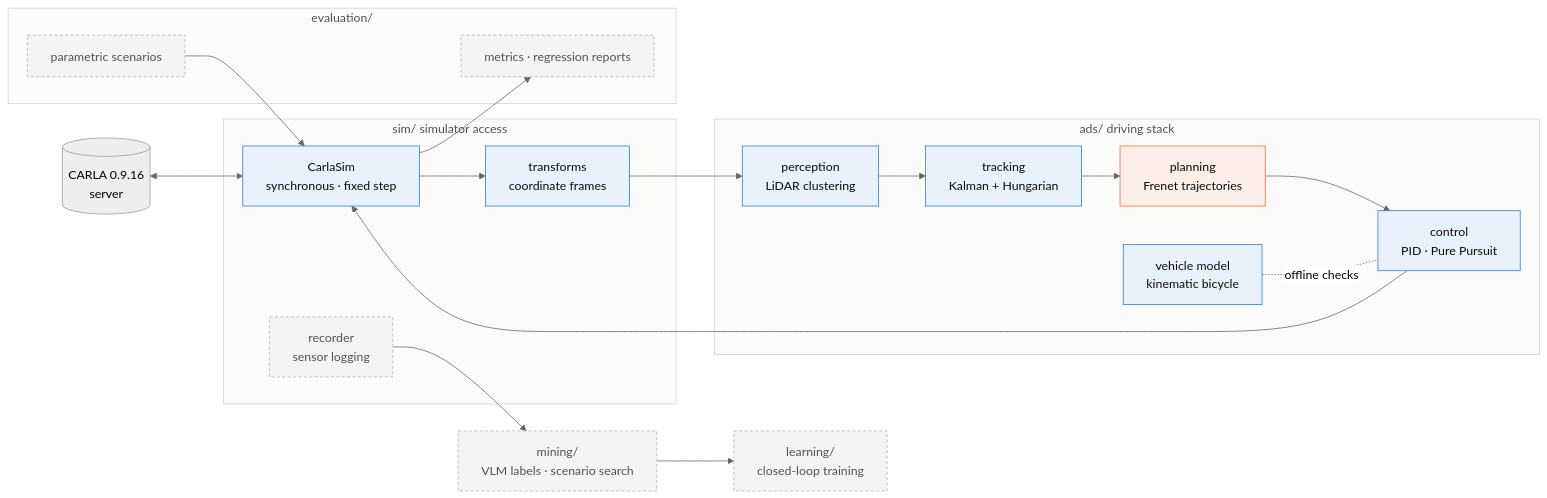
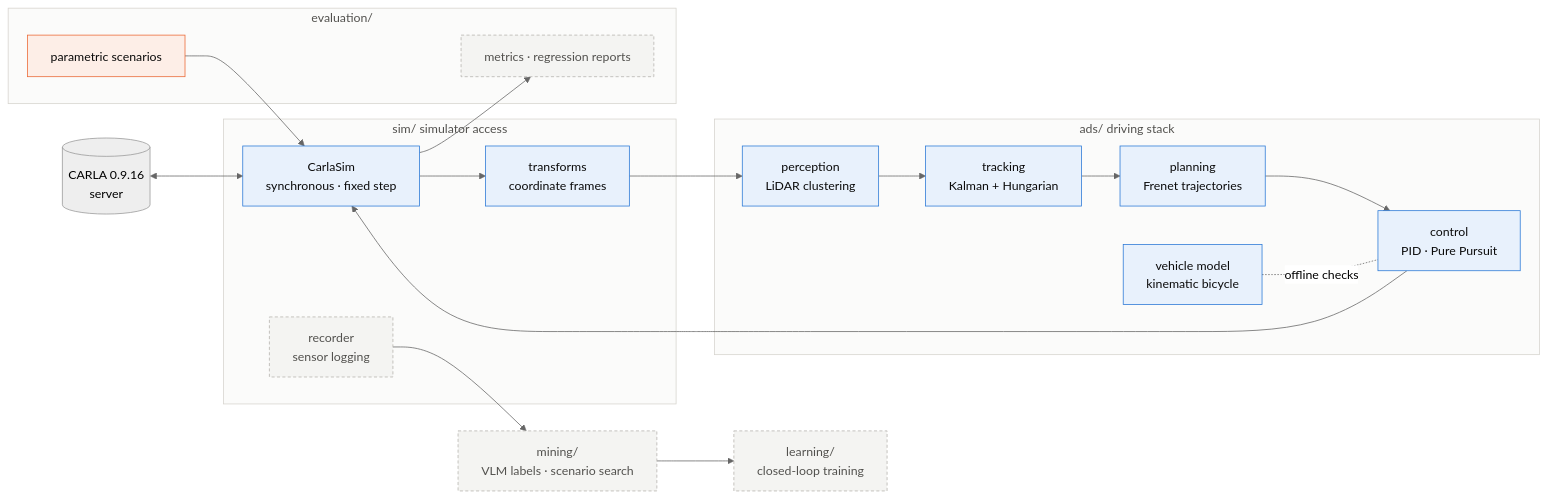
The diagram in README.md (chasen2041maker/highway-sim-eval), drawn with Mermaid (neutral theme) before and after one commit. The commit also changed other lines of this file and 1 other file, not shown here.

````diff
--- a/README.md
+++ b/README.md
@@ -68,40 +73,40 @@
 ```mermaid
 flowchart LR
     CARLA[("CARLA 0.9.16<br/>server")]
 
     subgraph SIM["sim/ simulator access"]
         C["CarlaSim<br/>synchronous · fixed step"]
         T["transforms<br/>coordinate frames"]
         R["recorder<br/>sensor logging"]
     end
 
     subgraph ADS["ads/ driving stack"]
         P["perception<br/>LiDAR clustering"]
         K["tracking<br/>Kalman + Hungarian"]
         PL["planning<br/>Frenet trajectories"]
         CT["control<br/>PID · Pure Pursuit"]
         V["vehicle model<br/>kinematic bicycle"]
     end
 
     subgraph EVAL["evaluation/"]
         S["parametric scenarios"]
         M["metrics · regression reports"]
     end
 
     CARLA <--> C
     C --> T --> P --> K --> PL --> CT --> C
     V -. offline checks .- CT
     S --> C
     C --> M
     R --> MINE["mining/<br/>VLM labels · scenario search"] --> L["learning/<br/>closed-loop training"]
 
     style SIM fill:#fbfbfa,stroke:#d6d4ce,color:#52514e
     style ADS fill:#fbfbfa,stroke:#d6d4ce,color:#52514e
     style EVAL fill:#fbfbfa,stroke:#d6d4ce,color:#52514e
     classDef done fill:#e8f1fc,stroke:#2a78d6,color:#0b0b0b
     classDef doing fill:#fdeee7,stroke:#eb6834,color:#0b0b0b
     classDef todo fill:#f4f4f2,stroke:#b5b3ad,color:#52514e,stroke-dasharray:4 3
-    class C,T,V,CT,P,K done
-    class PL doing
-    class R,S,M,MINE,L todo
+    class C,T,V,CT,P,K,PL done
+    class S doing
+    class R,M,MINE,L todo
 ```
````
